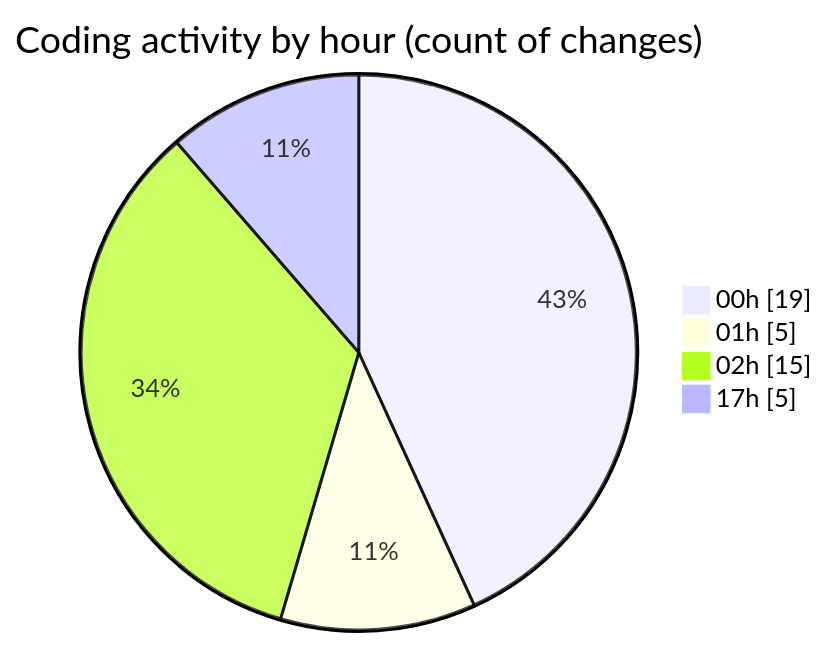
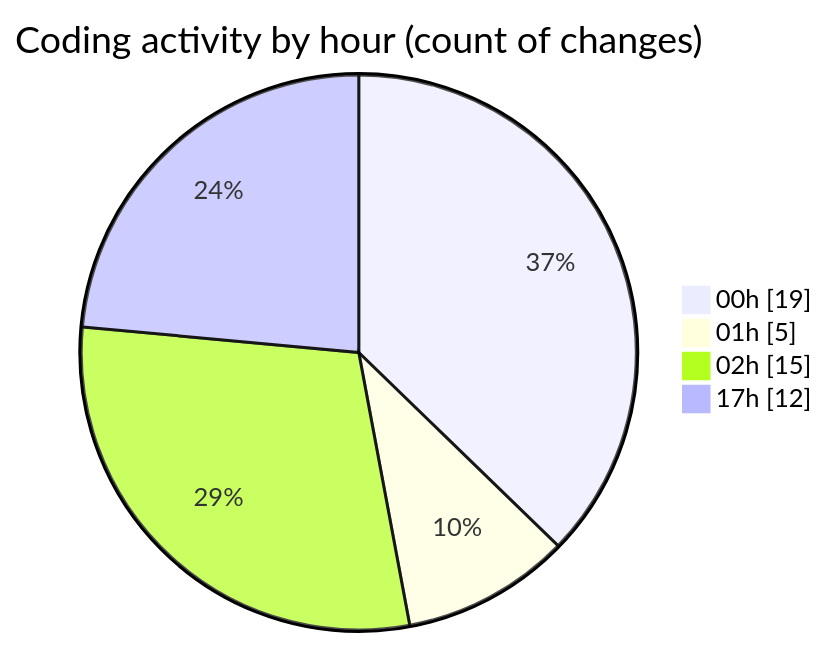
One commit to Elitesun/code-tracking changed the second of 2 diagrams in 2025-02-14/elitegpt/README.md. Above: the diagram before and after it, drawn with Mermaid. The commit also changed other lines of this file and 1 other file, not shown here.

````diff
--- a/2025-02-14/elitegpt/README.md
+++ b/2025-02-14/elitegpt/README.md
@@ -36,8 +41,8 @@
 ```mermaid
 pie showData
 title Coding activity by hour (count of changes)
 "00h" : 19
 "01h" : 5
 "02h" : 15
-"17h" : 5
+"17h" : 12
 ```
````
